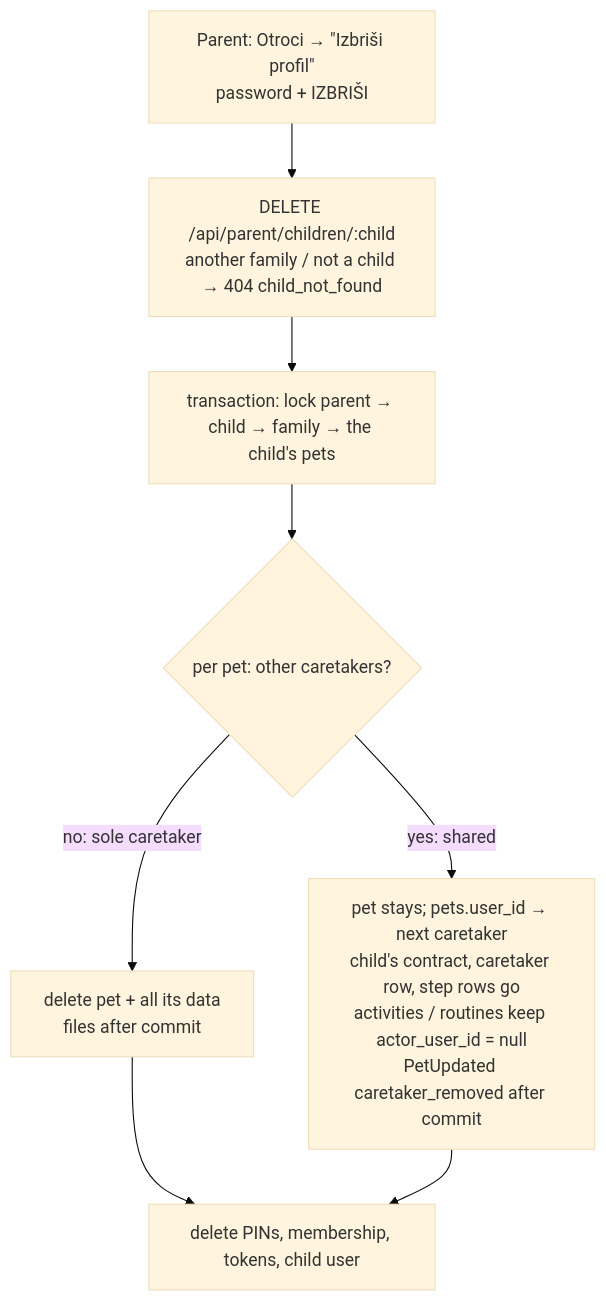
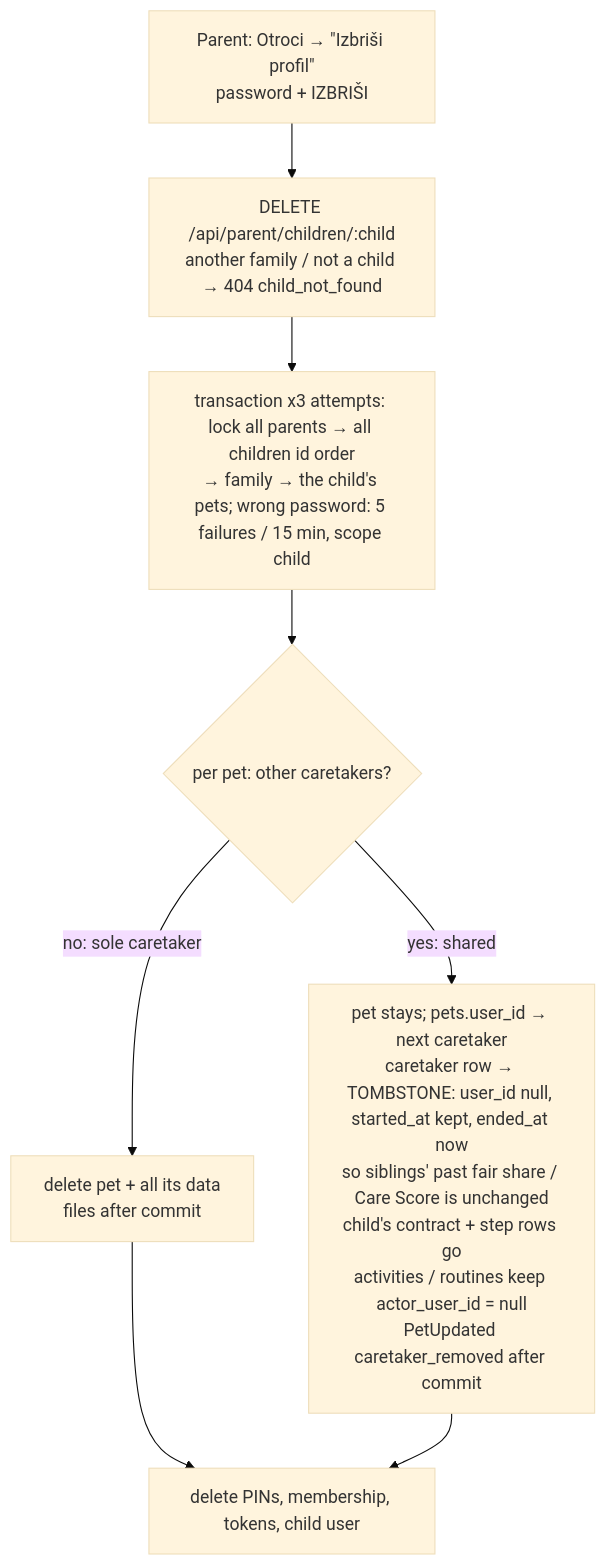
The eighth of 25 diagrams in docs/engineering/DIAGRAMS.md (DataVallis/pet-prep), drawn with Mermaid (base theme) before and after one commit. The commit also changed other lines of this file and 5 other files, not shown here.

````diff
--- a/docs/engineering/DIAGRAMS.md
+++ b/docs/engineering/DIAGRAMS.md
@@ -253,10 +253,10 @@
 ```mermaid
 flowchart TD
   C1[Parent: Otroci → &quot;Izbriši profil&quot;<br/>password + IZBRIŠI] --> C2[DELETE /api/parent/children/:child<br/>another family / not a child → 404 child_not_found]
-  C2 --> C3[transaction: lock parent → child → family → the child's pets]
+  C2 --> C3[transaction x3 attempts: lock all parents → all children id order<br/>→ family → the child's pets; wrong password: 5 failures / 15 min, scope child]
   C3 --> C4{per pet: other caretakers?}
   C4 -->|no: sole caretaker| C5[delete pet + all its data<br/>files after commit]
-  C4 -->|yes: shared| C6[pet stays; pets.user_id → next caretaker<br/>child's contract, caretaker row, step rows go<br/>activities / routines keep actor_user_id = null<br/>PetUpdated caretaker_removed after commit]
+  C4 -->|yes: shared| C6[pet stays; pets.user_id → next caretaker<br/>caretaker row → TOMBSTONE: user_id null, started_at kept, ended_at now<br/>so siblings' past fair share / Care Score is unchanged<br/>child's contract + step rows go<br/>activities / routines keep actor_user_id = null<br/>PetUpdated caretaker_removed after commit]
   C5 --> C7[delete PINs, membership, tokens, child user]
   C6 --> C7
 ```
````
